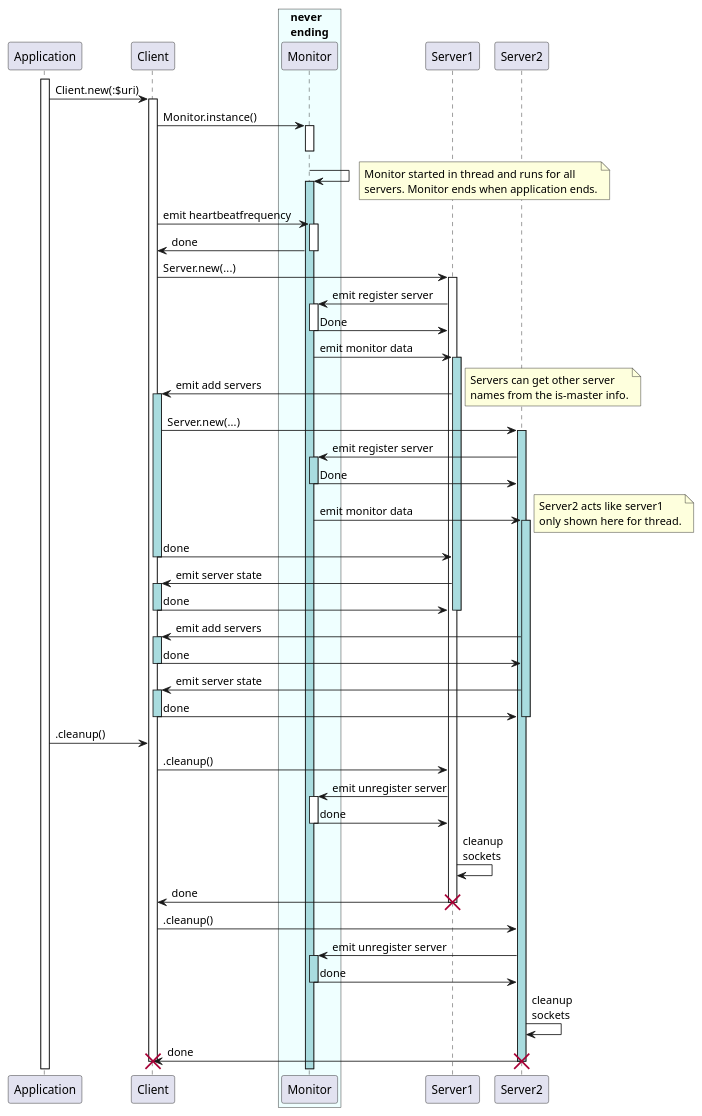
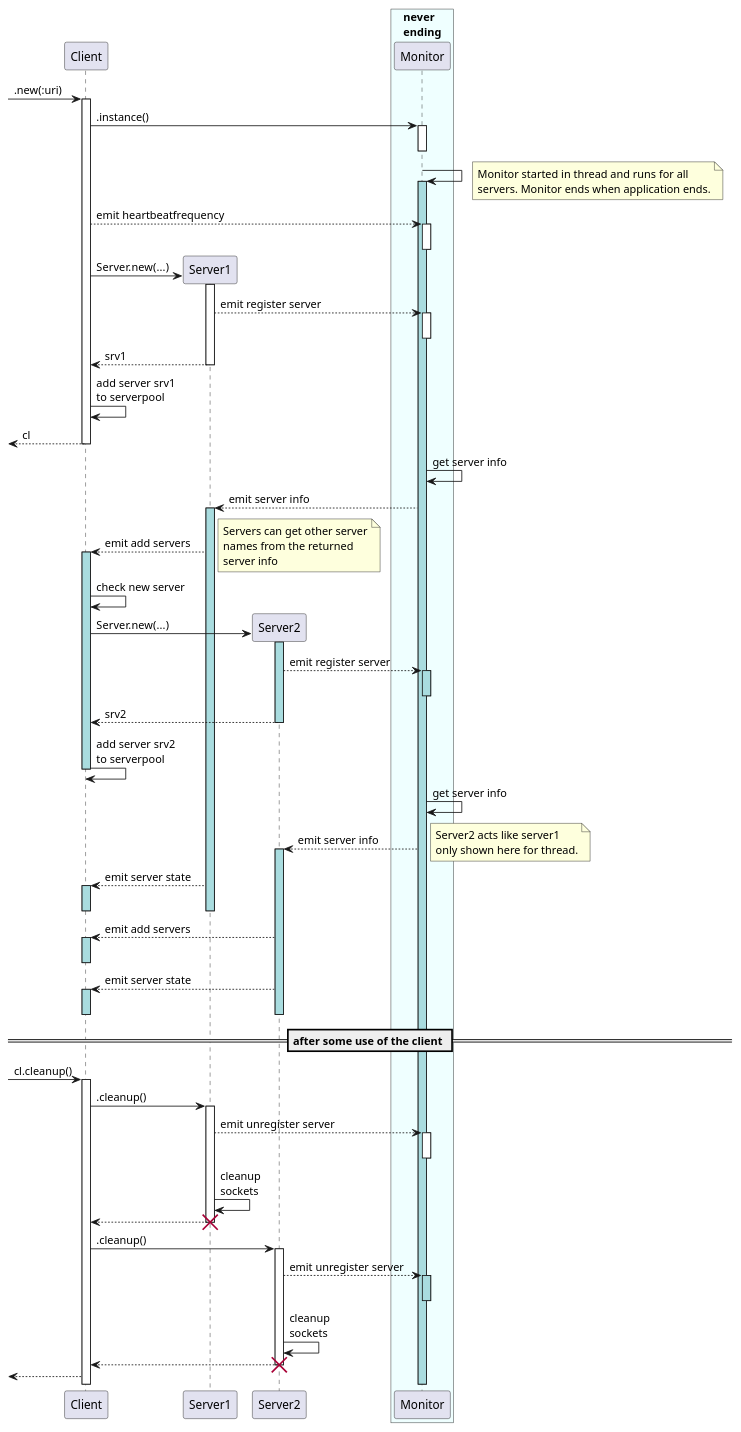
One commit to MARTIMM/raku-mongodb-driver changed the diagram in doc/uml/CSM-interact.md. Above: the diagram before and after it, drawn with PlantUML. The commit also changed 12 other files, not shown here.

Commit message:
new and updated uml diagrams

````diff
--- a/doc/uml/CSM-interact.md
+++ b/doc/uml/CSM-interact.md
@@ -7,20 +7,18 @@
   LifeLineBackgroundColor #fff
 }
 
-participant Application
-activate Application
+participant Client
+participant Server1
+participant Server2
+participant Monitor
 
-participant Client
-
-Application -> Client: Client.new(:$uri)
-activate Client
+-> Client ++: .new(:uri)
 
 box "never\nending" #efffff
   participant Monitor
 end box
 
-Client -> Monitor ++: Monitor.instance()
-'Monitor -> Monitor --: Monitor
+Client -> Monitor ++: .instance()
 deactivate Monitor
 Monitor -> Monitor ++ #A9DCDF:
 note right
@@ -28,58 +26,80 @@
   servers. Monitor ends when application ends.
 end note
 
-Client -> Monitor ++ : emit heartbeatfrequency
-Monitor -> Client --: done
+Client --> Monitor ++ : emit heartbeatfrequency
+deactivate Monitor
 
+create Server1
 Client -> Server1 ++: Server.new(...)
-Server1 -> Monitor ++: emit register server
-Monitor -> Server1 --: Done
+Server1 --> Monitor ++: emit register server
+deactivate Monitor
+return srv1
+Client -> Client: add server srv1 \nto serverpool
 
-Monitor -> Server1 ++ #A9DCDF: emit monitor data
+<-- Client: cl
+deactivate Client
 
-Server1 -> Client ++ #A9DCDF: emit add servers
+Monitor -> Monitor: get server info
+Monitor --> Server1 ++ #A9DCDF: emit server info
+
+Server1 --> Client ++ #A9DCDF: emit add servers
   note right
     Servers can get other server
-    names from the is-master info.
+    names from the returned
+    server info
   end note
 
+  Client -> Client: check new server
+  create Server2
   Client -> Server2 ++ #A9DCDF: Server.new(...)
-  Server2 -> Monitor ++ #A9DCDF: emit register server
-  Monitor -> Server2 --: Done
-  Monitor -> Server2 ++ #A9DCDF: emit monitor data
+  Server2 --> Monitor ++ #A9DCDF: emit register server
+  deactivate Monitor
+  return srv2
+  Client -> Client: add server srv2\nto serverpool
+  deactivate Client
+
+  Monitor -> Monitor: get server info
+
+  Monitor --> Server2 ++ #A9DCDF: emit server info
   note right
     Server2 acts like server1
     only shown here for thread.
   end note
 
-Client -> Server1 --: done
-Server1 -> Client ++ #A9DCDF: emit server state
-Client -> Server1 --: done
+
+Server1 --> Client ++ #A9DCDF: emit server state
+deactivate Client
 deactivate Server1
 
-Server2 -> Client ++ #A9DCDF: emit add servers
-Client -> Server2 --: done
-Server2 -> Client ++ #A9DCDF: emit server state
-Client -> Server2 --: done
+Server2 --> Client ++ #A9DCDF: emit add servers
+
+deactivate Client
+Server2 --> Client ++ #A9DCDF: emit server state
+deactivate Client
 deactivate Server2
 
+== after some use of the client ==
 
-Application -> Client: .cleanup()
-Client -> Server1: .cleanup()
-Server1 -> Monitor ++: emit unregister server
-Monitor -> Server1 --: done
+-> Client ++: cl.cleanup()
+Client -> Server1++: .cleanup()
+Server1 --> Monitor ++: emit unregister server
+deactivate Monitor
+
 Server1 -> Server1: cleanup\nsockets
-Server1 -> Client: done
+Server1 --> Client:
 destroy Server1
 
-Client -> Server2: .cleanup()
-Server2 -> Monitor ++ #A9DCDF: emit unregister server
-Monitor -> Server2 -- #A9DCDF: done
+Client -> Server2 ++: .cleanup()
+Server2 --> Monitor ++ #A9DCDF: emit unregister server
+deactivate Monitor
+
 Server2 -> Server2: cleanup\nsockets
-Server2 -> Client: done
+Server2 --> Client:
+
+deactivate Server2
 destroy Server2
 
-destroy Client
+<-- Client:
 
 @enduml
 ```
````
